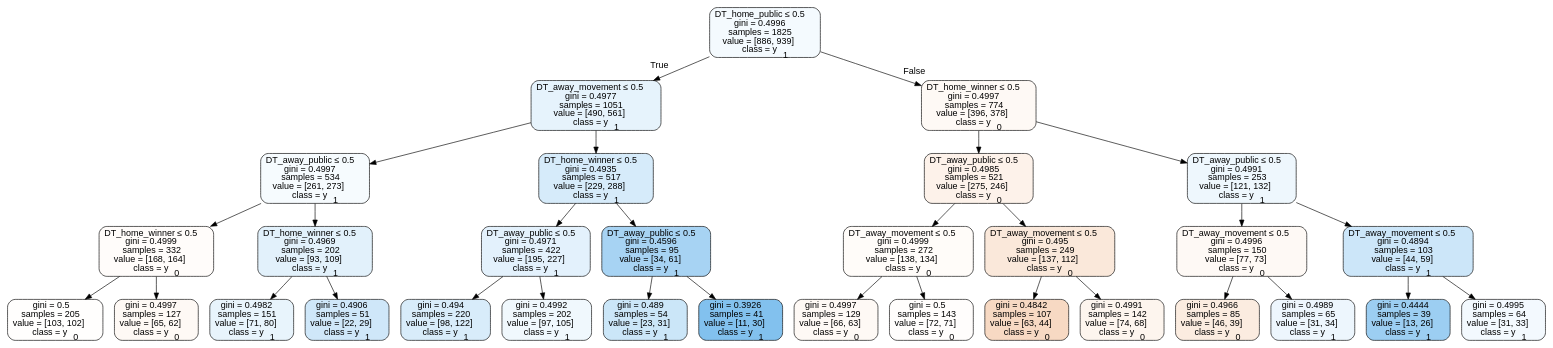
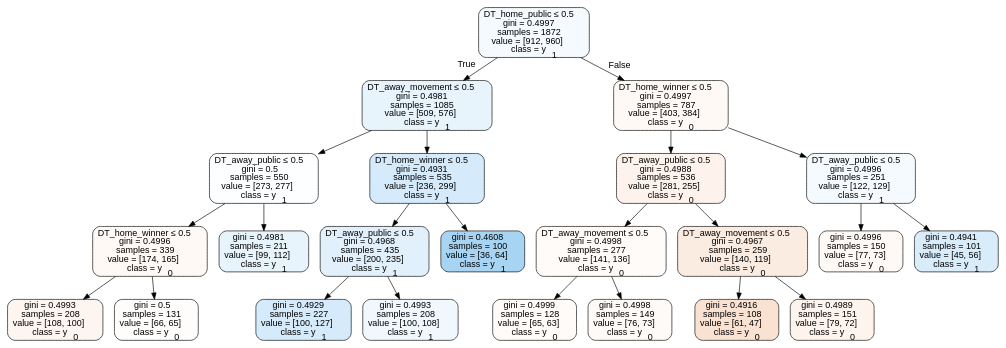
The diagram in tree_data/tree2015neutral.dot (usbogie/ncaa-bets), drawn with Graphviz before and after one commit. The commit also changed 50 other files, not shown here.

```diff
--- a/tree_data/tree2015neutral.dot
+++ b/tree_data/tree2015neutral.dot
@@ -1,65 +1,49 @@
 digraph Tree {
 node [shape=box, style="filled, rounded", color="black", fontname=helvetica] ;
 edge [fontname=helvetica] ;
-0 [label=<DT_home_public &le; 0.5<br/>gini = 0.4996<br/>samples = 1825<br/>value = [886, 939]<br/>class = y<SUB>1</SUB>>, fillcolor="#399de50e"] ;
-1 [label=<DT_away_movement &le; 0.5<br/>gini = 0.4977<br/>samples = 1051<br/>value = [490, 561]<br/>class = y<SUB>1</SUB>>, fillcolor="#399de520"] ;
+0 [label=<DT_home_public &le; 0.5<br/>gini = 0.4997<br/>samples = 1872<br/>value = [912, 960]<br/>class = y<SUB>1</SUB>>, fillcolor="#399de50d"] ;
+1 [label=<DT_away_movement &le; 0.5<br/>gini = 0.4981<br/>samples = 1085<br/>value = [509, 576]<br/>class = y<SUB>1</SUB>>, fillcolor="#399de51e"] ;
 0 -> 1 [labeldistance=2.5, labelangle=45, headlabel="True"] ;
-2 [label=<DT_away_public &le; 0.5<br/>gini = 0.4997<br/>samples = 534<br/>value = [261, 273]<br/>class = y<SUB>1</SUB>>, fillcolor="#399de50b"] ;
+2 [label=<DT_away_public &le; 0.5<br/>gini = 0.5<br/>samples = 550<br/>value = [273, 277]<br/>class = y<SUB>1</SUB>>, fillcolor="#399de504"] ;
 1 -> 2 ;
-3 [label=<DT_home_winner &le; 0.5<br/>gini = 0.4999<br/>samples = 332<br/>value = [168, 164]<br/>class = y<SUB>0</SUB>>, fillcolor="#e5813906"] ;
+3 [label=<DT_home_winner &le; 0.5<br/>gini = 0.4996<br/>samples = 339<br/>value = [174, 165]<br/>class = y<SUB>0</SUB>>, fillcolor="#e581390d"] ;
 2 -> 3 ;
-4 [label=<gini = 0.5<br/>samples = 205<br/>value = [103, 102]<br/>class = y<SUB>0</SUB>>, fillcolor="#e5813902"] ;
+4 [label=<gini = 0.4993<br/>samples = 208<br/>value = [108, 100]<br/>class = y<SUB>0</SUB>>, fillcolor="#e5813913"] ;
 3 -> 4 ;
-5 [label=<gini = 0.4997<br/>samples = 127<br/>value = [65, 62]<br/>class = y<SUB>0</SUB>>, fillcolor="#e581390c"] ;
+5 [label=<gini = 0.5<br/>samples = 131<br/>value = [66, 65]<br/>class = y<SUB>0</SUB>>, fillcolor="#e5813904"] ;
 3 -> 5 ;
-6 [label=<DT_home_winner &le; 0.5<br/>gini = 0.4969<br/>samples = 202<br/>value = [93, 109]<br/>class = y<SUB>1</SUB>>, fillcolor="#399de525"] ;
+6 [label=<gini = 0.4981<br/>samples = 211<br/>value = [99, 112]<br/>class = y<SUB>1</SUB>>, fillcolor="#399de51e"] ;
 2 -> 6 ;
-7 [label=<gini = 0.4982<br/>samples = 151<br/>value = [71, 80]<br/>class = y<SUB>1</SUB>>, fillcolor="#399de51d"] ;
-6 -> 7 ;
-8 [label=<gini = 0.4906<br/>samples = 51<br/>value = [22, 29]<br/>class = y<SUB>1</SUB>>, fillcolor="#399de53e"] ;
-6 -> 8 ;
-9 [label=<DT_home_winner &le; 0.5<br/>gini = 0.4935<br/>samples = 517<br/>value = [229, 288]<br/>class = y<SUB>1</SUB>>, fillcolor="#399de534"] ;
-1 -> 9 ;
-10 [label=<DT_away_public &le; 0.5<br/>gini = 0.4971<br/>samples = 422<br/>value = [195, 227]<br/>class = y<SUB>1</SUB>>, fillcolor="#399de524"] ;
-9 -> 10 ;
-11 [label=<gini = 0.494<br/>samples = 220<br/>value = [98, 122]<br/>class = y<SUB>1</SUB>>, fillcolor="#399de532"] ;
-10 -> 11 ;
-12 [label=<gini = 0.4992<br/>samples = 202<br/>value = [97, 105]<br/>class = y<SUB>1</SUB>>, fillcolor="#399de513"] ;
-10 -> 12 ;
-13 [label=<DT_away_public &le; 0.5<br/>gini = 0.4596<br/>samples = 95<br/>value = [34, 61]<br/>class = y<SUB>1</SUB>>, fillcolor="#399de571"] ;
-9 -> 13 ;
-14 [label=<gini = 0.489<br/>samples = 54<br/>value = [23, 31]<br/>class = y<SUB>1</SUB>>, fillcolor="#399de542"] ;
+7 [label=<DT_home_winner &le; 0.5<br/>gini = 0.4931<br/>samples = 535<br/>value = [236, 299]<br/>class = y<SUB>1</SUB>>, fillcolor="#399de536"] ;
+1 -> 7 ;
+8 [label=<DT_away_public &le; 0.5<br/>gini = 0.4968<br/>samples = 435<br/>value = [200, 235]<br/>class = y<SUB>1</SUB>>, fillcolor="#399de526"] ;
+7 -> 8 ;
+9 [label=<gini = 0.4929<br/>samples = 227<br/>value = [100, 127]<br/>class = y<SUB>1</SUB>>, fillcolor="#399de536"] ;
+8 -> 9 ;
+10 [label=<gini = 0.4993<br/>samples = 208<br/>value = [100, 108]<br/>class = y<SUB>1</SUB>>, fillcolor="#399de513"] ;
+8 -> 10 ;
+11 [label=<gini = 0.4608<br/>samples = 100<br/>value = [36, 64]<br/>class = y<SUB>1</SUB>>, fillcolor="#399de570"] ;
+7 -> 11 ;
+12 [label=<DT_home_winner &le; 0.5<br/>gini = 0.4997<br/>samples = 787<br/>value = [403, 384]<br/>class = y<SUB>0</SUB>>, fillcolor="#e581390c"] ;
+0 -> 12 [labeldistance=2.5, labelangle=-45, headlabel="False"] ;
+13 [label=<DT_away_public &le; 0.5<br/>gini = 0.4988<br/>samples = 536<br/>value = [281, 255]<br/>class = y<SUB>0</SUB>>, fillcolor="#e5813918"] ;
+12 -> 13 ;
+14 [label=<DT_away_movement &le; 0.5<br/>gini = 0.4998<br/>samples = 277<br/>value = [141, 136]<br/>class = y<SUB>0</SUB>>, fillcolor="#e5813909"] ;
 13 -> 14 ;
-15 [label=<gini = 0.3926<br/>samples = 41<br/>value = [11, 30]<br/>class = y<SUB>1</SUB>>, fillcolor="#399de5a1"] ;
-13 -> 15 ;
-16 [label=<DT_home_winner &le; 0.5<br/>gini = 0.4997<br/>samples = 774<br/>value = [396, 378]<br/>class = y<SUB>0</SUB>>, fillcolor="#e581390c"] ;
-0 -> 16 [labeldistance=2.5, labelangle=-45, headlabel="False"] ;
-17 [label=<DT_away_public &le; 0.5<br/>gini = 0.4985<br/>samples = 521<br/>value = [275, 246]<br/>class = y<SUB>0</SUB>>, fillcolor="#e581391b"] ;
-16 -> 17 ;
-18 [label=<DT_away_movement &le; 0.5<br/>gini = 0.4999<br/>samples = 272<br/>value = [138, 134]<br/>class = y<SUB>0</SUB>>, fillcolor="#e5813907"] ;
+15 [label=<gini = 0.4999<br/>samples = 128<br/>value = [65, 63]<br/>class = y<SUB>0</SUB>>, fillcolor="#e5813908"] ;
+14 -> 15 ;
+16 [label=<gini = 0.4998<br/>samples = 149<br/>value = [76, 73]<br/>class = y<SUB>0</SUB>>, fillcolor="#e581390a"] ;
+14 -> 16 ;
+17 [label=<DT_away_movement &le; 0.5<br/>gini = 0.4967<br/>samples = 259<br/>value = [140, 119]<br/>class = y<SUB>0</SUB>>, fillcolor="#e5813926"] ;
+13 -> 17 ;
+18 [label=<gini = 0.4916<br/>samples = 108<br/>value = [61, 47]<br/>class = y<SUB>0</SUB>>, fillcolor="#e581393b"] ;
 17 -> 18 ;
-19 [label=<gini = 0.4997<br/>samples = 129<br/>value = [66, 63]<br/>class = y<SUB>0</SUB>>, fillcolor="#e581390c"] ;
-18 -> 19 ;
-20 [label=<gini = 0.5<br/>samples = 143<br/>value = [72, 71]<br/>class = y<SUB>0</SUB>>, fillcolor="#e5813904"] ;
-18 -> 20 ;
-21 [label=<DT_away_movement &le; 0.5<br/>gini = 0.495<br/>samples = 249<br/>value = [137, 112]<br/>class = y<SUB>0</SUB>>, fillcolor="#e581392f"] ;
-17 -> 21 ;
-22 [label=<gini = 0.4842<br/>samples = 107<br/>value = [63, 44]<br/>class = y<SUB>0</SUB>>, fillcolor="#e581394d"] ;
-21 -> 22 ;
-23 [label=<gini = 0.4991<br/>samples = 142<br/>value = [74, 68]<br/>class = y<SUB>0</SUB>>, fillcolor="#e5813915"] ;
-21 -> 23 ;
-24 [label=<DT_away_public &le; 0.5<br/>gini = 0.4991<br/>samples = 253<br/>value = [121, 132]<br/>class = y<SUB>1</SUB>>, fillcolor="#399de515"] ;
-16 -> 24 ;
-25 [label=<DT_away_movement &le; 0.5<br/>gini = 0.4996<br/>samples = 150<br/>value = [77, 73]<br/>class = y<SUB>0</SUB>>, fillcolor="#e581390d"] ;
-24 -> 25 ;
-26 [label=<gini = 0.4966<br/>samples = 85<br/>value = [46, 39]<br/>class = y<SUB>0</SUB>>, fillcolor="#e5813927"] ;
-25 -> 26 ;
-27 [label=<gini = 0.4989<br/>samples = 65<br/>value = [31, 34]<br/>class = y<SUB>1</SUB>>, fillcolor="#399de517"] ;
-25 -> 27 ;
-28 [label=<DT_away_movement &le; 0.5<br/>gini = 0.4894<br/>samples = 103<br/>value = [44, 59]<br/>class = y<SUB>1</SUB>>, fillcolor="#399de541"] ;
-24 -> 28 ;
-29 [label=<gini = 0.4444<br/>samples = 39<br/>value = [13, 26]<br/>class = y<SUB>1</SUB>>, fillcolor="#399de57f"] ;
-28 -> 29 ;
-30 [label=<gini = 0.4995<br/>samples = 64<br/>value = [31, 33]<br/>class = y<SUB>1</SUB>>, fillcolor="#399de50f"] ;
-28 -> 30 ;
+19 [label=<gini = 0.4989<br/>samples = 151<br/>value = [79, 72]<br/>class = y<SUB>0</SUB>>, fillcolor="#e5813917"] ;
+17 -> 19 ;
+20 [label=<DT_away_public &le; 0.5<br/>gini = 0.4996<br/>samples = 251<br/>value = [122, 129]<br/>class = y<SUB>1</SUB>>, fillcolor="#399de50e"] ;
+12 -> 20 ;
+21 [label=<gini = 0.4996<br/>samples = 150<br/>value = [77, 73]<br/>class = y<SUB>0</SUB>>, fillcolor="#e581390d"] ;
+20 -> 21 ;
+22 [label=<gini = 0.4941<br/>samples = 101<br/>value = [45, 56]<br/>class = y<SUB>1</SUB>>, fillcolor="#399de532"] ;
+20 -> 22 ;
 }
```
